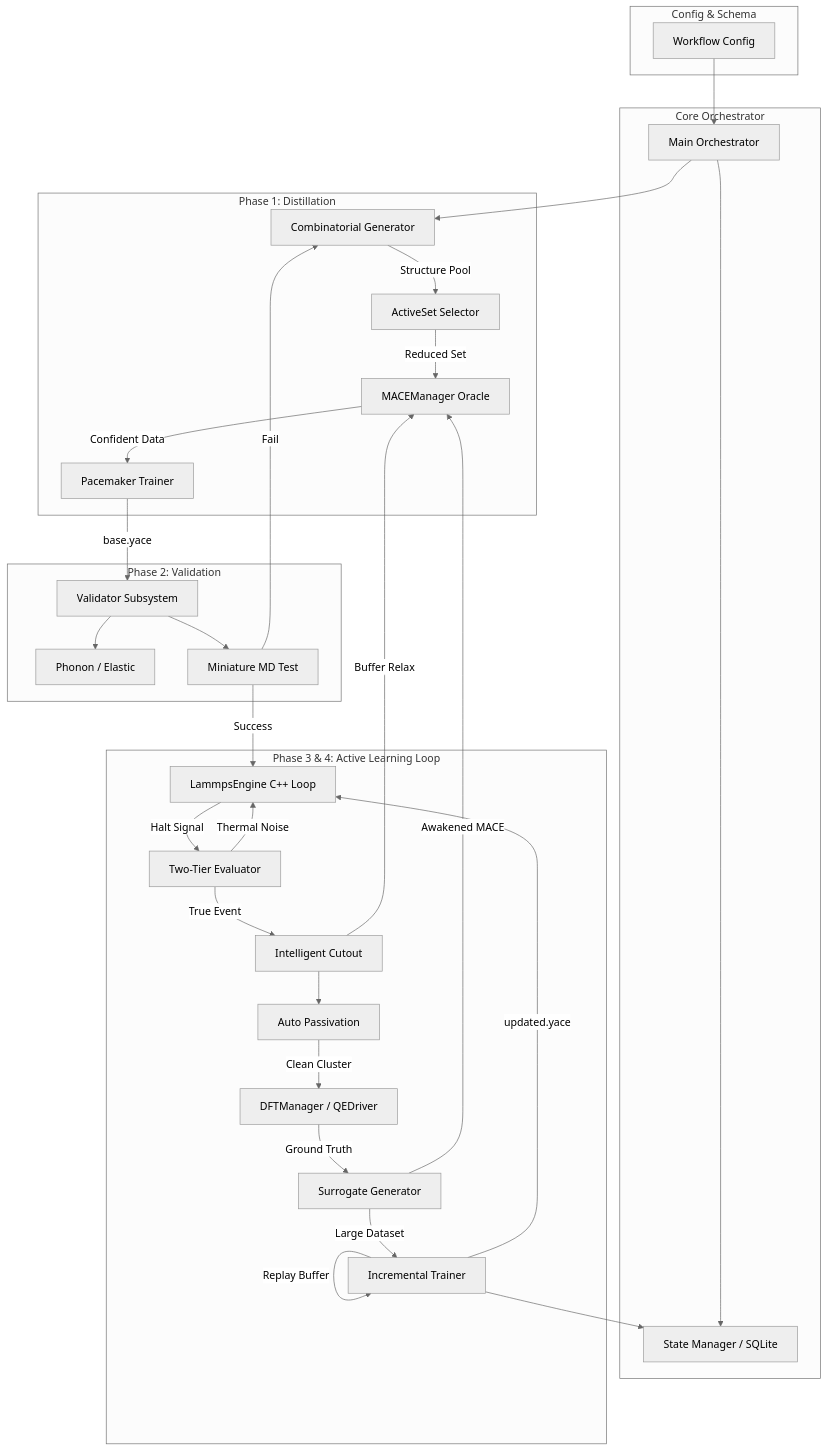
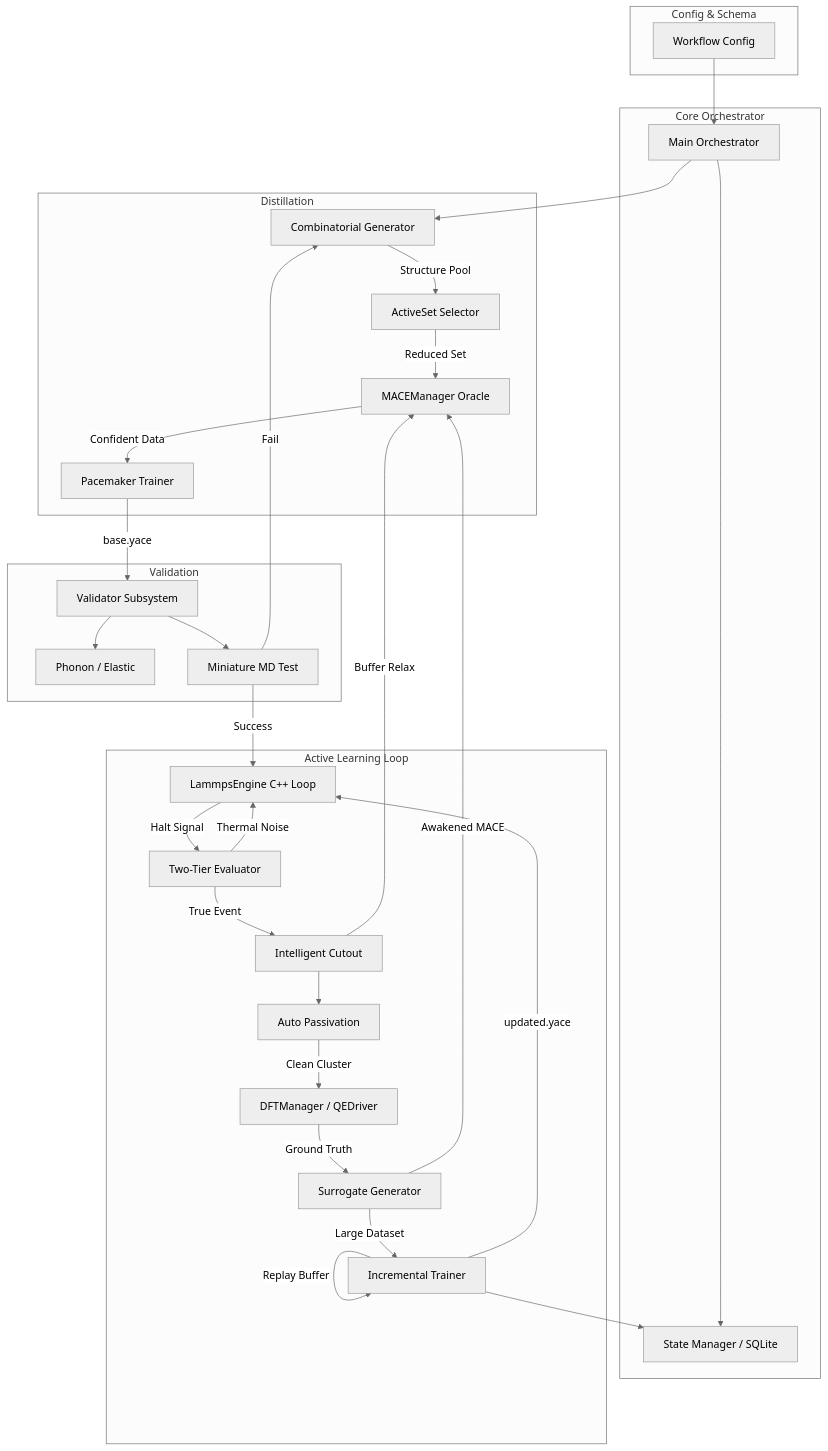
One commit to tsuyama1990/adaptive-mlip changed the diagram in README.md. Above: the diagram before and after it, drawn with Mermaid (neutral theme). The commit also changed 8 other files, not shown here.

````diff
--- a/README.md
+++ b/README.md
@@ -25,66 +25,66 @@
 ```mermaid
 graph TD
     %% Subsystems
     subgraph Config & Schema
         CFG[Workflow Config]
     end
 
     subgraph Core Orchestrator
         ORCH[Main Orchestrator]
         STATE[State Manager / SQLite]
     end
 
-    subgraph Phase 1: Distillation
+    subgraph Distillation
         P1_GEN[Combinatorial Generator]
         P1_DIR[ActiveSet Selector]
         P1_ORACLE[MACEManager Oracle]
         P1_TRAIN[Pacemaker Trainer]
     end
 
-    subgraph Phase 2: Validation
+    subgraph Validation
         P2_VAL[Validator Subsystem]
         P2_PHONON[Phonon / Elastic]
         P2_MINIMD[Miniature MD Test]
     end
 
-    subgraph Phase 3 & 4: Active Learning Loop
+    subgraph Active Learning Loop
         LAMMPS[LammpsEngine C++ Loop]
         EVAL[Two-Tier Evaluator]
         CUTOUT[Intelligent Cutout]
         PASSIVATE[Auto Passivation]
         DFT[DFTManager / QEDriver]
         SURR[Surrogate Generator]
         DELTA[Incremental Trainer]
     end
 
-    %% Flow Phase 1
+    %% Flow Distillation
     CFG --> ORCH
     ORCH --> P1_GEN
     P1_GEN -- Structure Pool --> P1_DIR
     P1_DIR -- Reduced Set --> P1_ORACLE
     P1_ORACLE -- Confident Data --> P1_TRAIN
     P1_TRAIN -- base.yace --> P2_VAL
 
-    %% Flow Phase 2
+    %% Flow Validation
     P2_VAL --> P2_PHONON
     P2_VAL --> P2_MINIMD
     P2_MINIMD -- Success --> LAMMPS
     P2_MINIMD -- Fail --> P1_GEN
 
-    %% Flow Phase 3 & 4
+    %% Flow Active Learning Loop
     LAMMPS -- Halt Signal --> EVAL
     EVAL -- Thermal Noise --> LAMMPS
     EVAL -- True Event --> CUTOUT
     CUTOUT -- Buffer Relax --> P1_ORACLE
     CUTOUT --> PASSIVATE
     PASSIVATE -- Clean Cluster --> DFT
     DFT -- Ground Truth --> SURR
     SURR -- Awakened MACE --> P1_ORACLE
     SURR -- Large Dataset --> DELTA
     DELTA -- Replay Buffer --> DELTA
     DELTA -- updated.yace --> LAMMPS
 
     %% Storage
     ORCH --> STATE
     DELTA --> STATE
 ```
````
